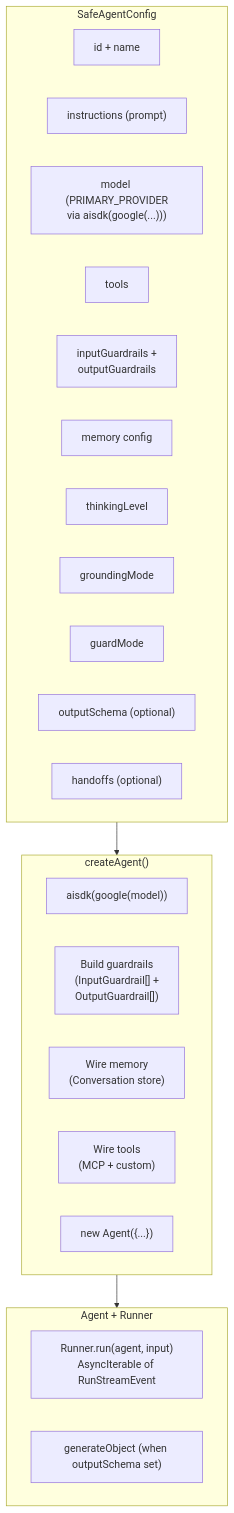
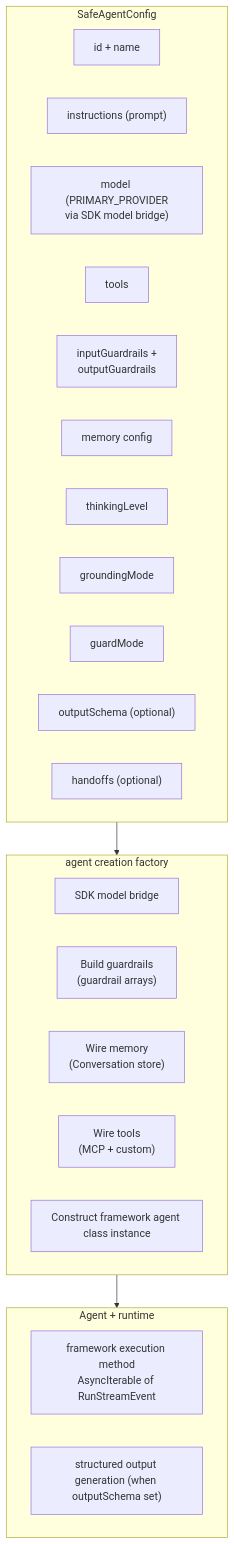
One commit to 1qh/safeagent changed the second of 17 diagrams in plan/06-agents.md. Above: the diagram before and after it, drawn with Mermaid. The commit also changed other lines of this file and 18 other files, not shown here.

````diff
--- a/plan/06-agents.md
+++ b/plan/06-agents.md
@@ -66,31 +66,31 @@
 ```mermaid
 flowchart TB
     subgraph SAFE_AGENT_CONFIG["SafeAgentConfig"]
         CONFIG_ID["id + name"]
         CONFIG_INSTRUCTIONS["instructions (prompt)"]
-        CONFIG_MODEL["model (PRIMARY_PROVIDER\nvia aisdk(google(...)))"]
+        CONFIG_MODEL["model (PRIMARY_PROVIDER\nvia SDK model bridge)"]
         CONFIG_TOOLS["tools"]
         CONFIG_GUARDRAILS["inputGuardrails +\noutputGuardrails"]
         CONFIG_MEMORY["memory config"]
         CONFIG_THINKING["thinkingLevel"]
         CONFIG_GROUNDING["groundingMode"]
         CONFIG_GUARD_MODE["guardMode"]
         CONFIG_OUTPUT_SCHEMA["outputSchema (optional)"]
         CONFIG_HANDOFFS["handoffs (optional)"]
     end
 
-    subgraph AGENT_FACTORY["createAgent()"]
-        FACTORY_RESOLVE_MODEL["aisdk(google(model))"]
-        FACTORY_BUILD_GUARDRAILS["Build guardrails\n(InputGuardrail[] +\nOutputGuardrail[])"]
+    subgraph AGENT_FACTORY["agent creation factory"]
+        FACTORY_RESOLVE_MODEL["SDK model bridge"]
+        FACTORY_BUILD_GUARDRAILS["Build guardrails\n(guardrail arrays)"]
         FACTORY_WIRE_MEMORY["Wire memory\n(Conversation store)"]
         FACTORY_WIRE_TOOLS["Wire tools\n(MCP + custom)"]
-        FACTORY_CONSTRUCT_AGENT["new Agent({...})"]
+        FACTORY_CONSTRUCT_AGENT["Construct framework agent class instance"]
     end
 
-    subgraph FACTORY_OUTPUT["Agent + Runner"]
-        OUTPUT_RUNNER["Runner.run(agent, input)\nAsyncIterable of RunStreamEvent"]
-        OUTPUT_STRUCTURED["generateObject (when outputSchema set)"]
+    subgraph FACTORY_OUTPUT["Agent + runtime"]
+        OUTPUT_RUNNER["framework execution method\nAsyncIterable of RunStreamEvent"]
+        OUTPUT_STRUCTURED["structured output generation (when outputSchema set)"]
     end
 
     SAFE_AGENT_CONFIG --> AGENT_FACTORY --> FACTORY_OUTPUT
 ```
````
